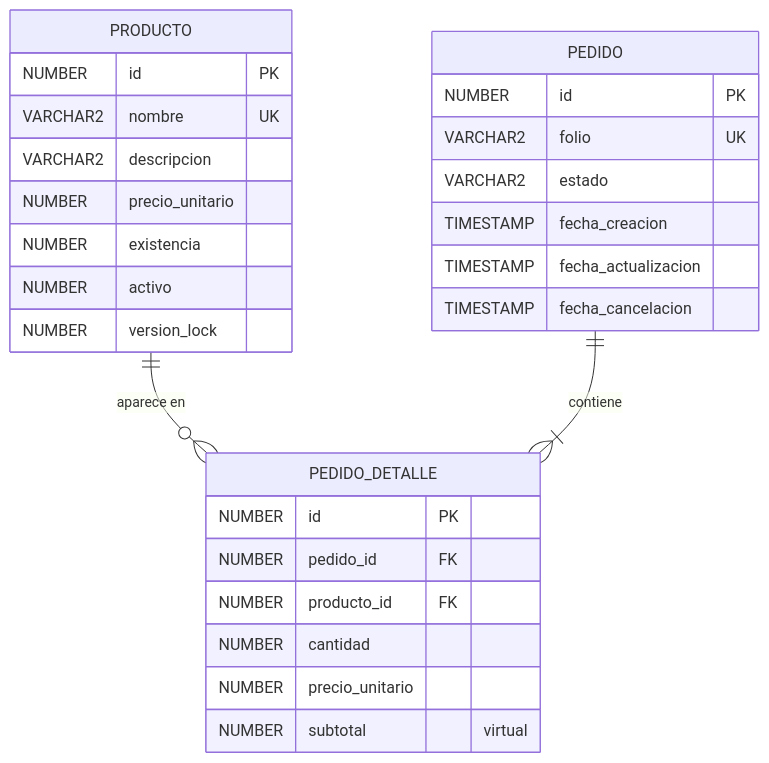
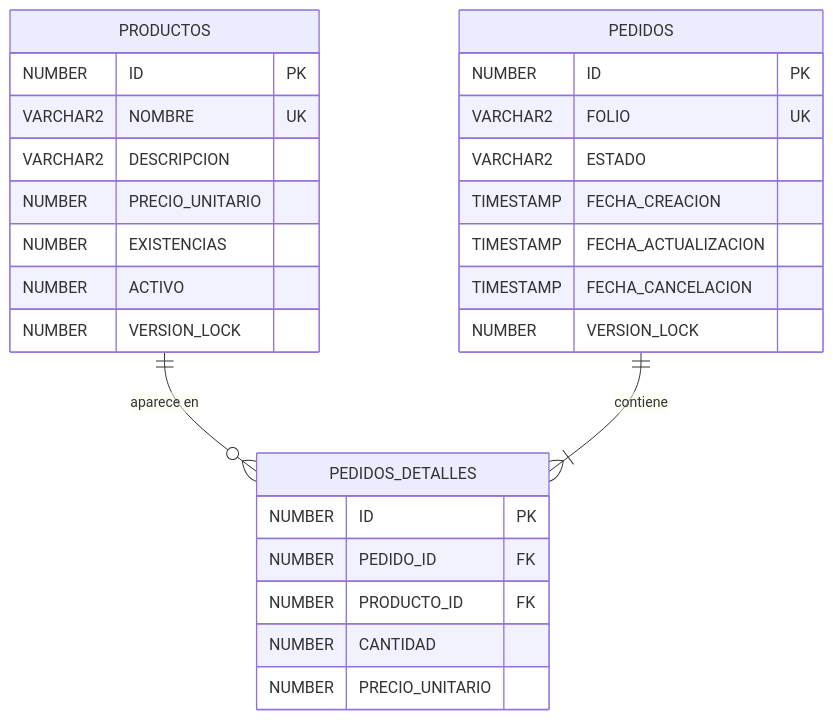
Before and after one commit to 10Draken01/osin-api: the diagram in docs/03-entidades-y-normalizacion.md, drawn with Mermaid. The commit also changed other lines of this file and 64 other files, not shown here.

````diff
--- a/docs/03-entidades-y-normalizacion.md
+++ b/docs/03-entidades-y-normalizacion.md
@@ -102,31 +81,31 @@
 ```mermaid
 erDiagram
-    PRODUCTO ||--o{ PEDIDO_DETALLE : "aparece en"
-    PEDIDO   ||--|{ PEDIDO_DETALLE : "contiene"
+    PRODUCTOS ||--o{ PEDIDOS_DETALLES : "aparece en"
+    PEDIDOS   ||--|{ PEDIDOS_DETALLES : "contiene"
 
-    PRODUCTO {
-        NUMBER id PK
-        VARCHAR2 nombre UK
-        VARCHAR2 descripcion
-        NUMBER precio_unitario
-        NUMBER existencia
-        NUMBER activo
-        NUMBER version_lock
+    PRODUCTOS {
+        NUMBER ID PK
+        VARCHAR2 NOMBRE UK
+        VARCHAR2 DESCRIPCION
+        NUMBER PRECIO_UNITARIO
+        NUMBER EXISTENCIAS
+        NUMBER ACTIVO
+        NUMBER VERSION_LOCK
     }
-    PEDIDO {
-        NUMBER id PK
-        VARCHAR2 folio UK
-        VARCHAR2 estado
-        TIMESTAMP fecha_creacion
-        TIMESTAMP fecha_actualizacion
-        TIMESTAMP fecha_cancelacion
+    PEDIDOS {
+        NUMBER ID PK
+        VARCHAR2 FOLIO UK
+        VARCHAR2 ESTADO
+        TIMESTAMP FECHA_CREACION
+        TIMESTAMP FECHA_ACTUALIZACION
+        TIMESTAMP FECHA_CANCELACION
+        NUMBER VERSION_LOCK
     }
-    PEDIDO_DETALLE {
-        NUMBER id PK
-        NUMBER pedido_id FK
-        NUMBER producto_id FK
-        NUMBER cantidad
-        NUMBER precio_unitario
-        NUMBER subtotal "virtual"
+    PEDIDOS_DETALLES {
+        NUMBER ID PK
+        NUMBER PEDIDO_ID FK
+        NUMBER PRODUCTO_ID FK
+        NUMBER CANTIDAD
+        NUMBER PRECIO_UNITARIO
     }
 ```
````
